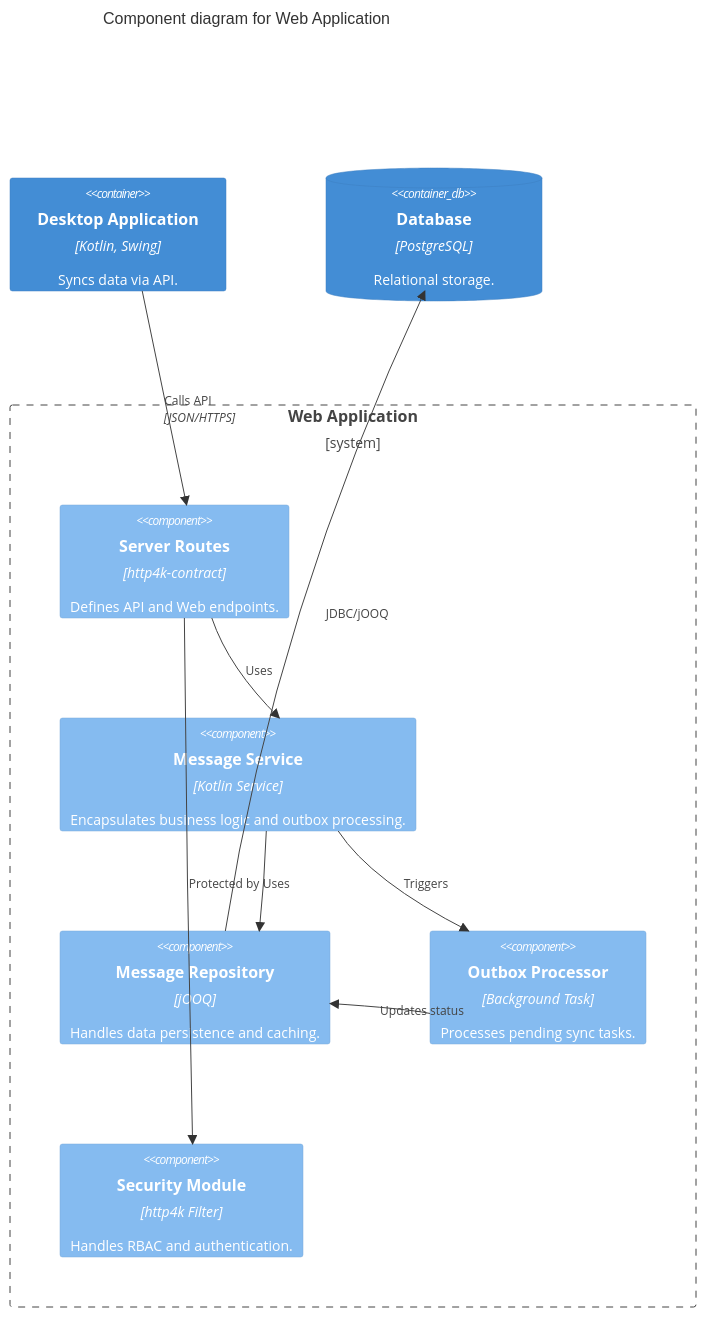
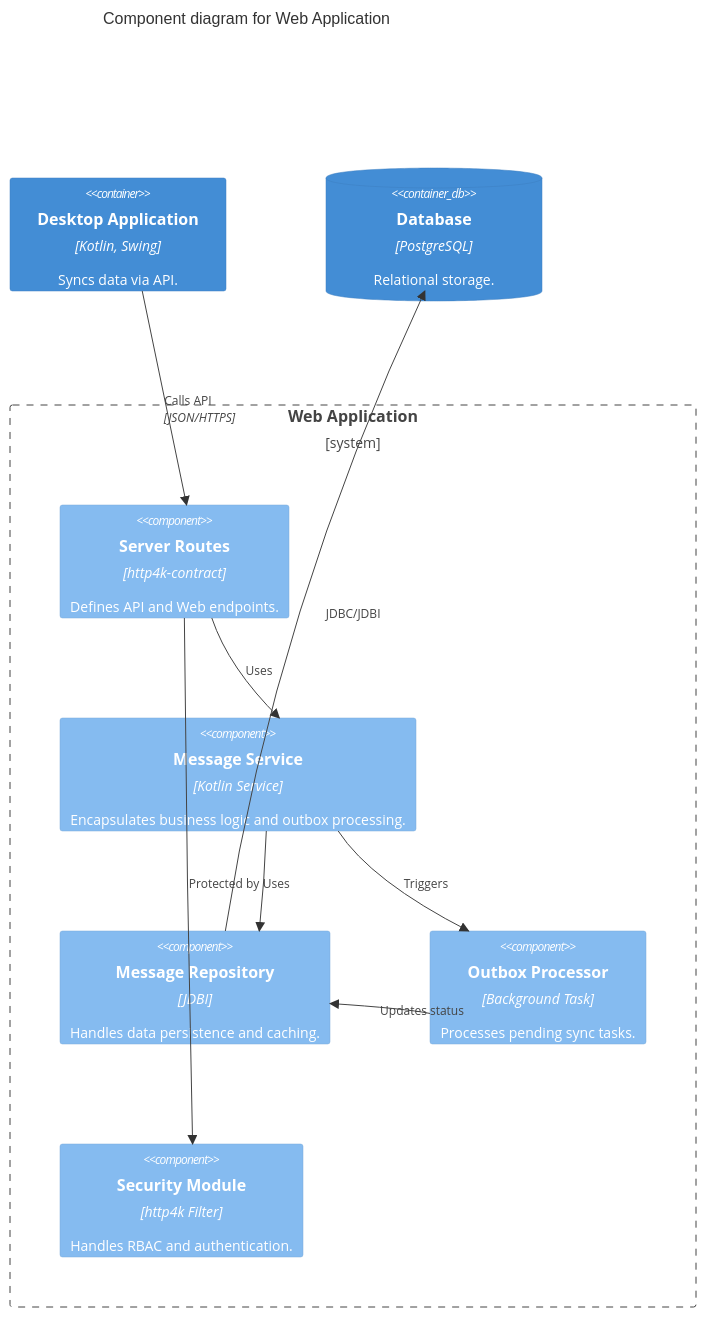
Before and after one commit to rygel/outerstellar-platform: the third of 3 diagrams in docs/architecture/C4_MODEL.md, drawn with Mermaid. The commit also changed other lines of this file and 12 other files, not shown here.

````diff
--- a/docs/architecture/C4_MODEL.md
+++ b/docs/architecture/C4_MODEL.md
@@ -51,23 +51,23 @@
 ```mermaid
 C4Component
     title Component diagram for Web Application
 
     Container(desktop_app, "Desktop Application", "Kotlin, Swing", "Syncs data via API.")
     ContainerDb(db, "Database", "PostgreSQL", "Relational storage.")
 
     Boundary(web_boundary, "Web Application") {
         Component(app_routes, "Server Routes", "http4k-contract", "Defines API and Web endpoints.")
         Component(msg_service, "Message Service", "Kotlin Service", "Encapsulates business logic and outbox processing.")
-        Component(msg_repo, "Message Repository", "jOOQ", "Handles data persistence and caching.")
+        Component(msg_repo, "Message Repository", "JDBI", "Handles data persistence and caching.")
         Component(outbox_proc, "Outbox Processor", "Background Task", "Processes pending sync tasks.")
         Component(auth_filter, "Security Module", "http4k Filter", "Handles RBAC and authentication.")
     }
 
     Rel(desktop_app, app_routes, "Calls API", "JSON/HTTPS")
     Rel(app_routes, msg_service, "Uses")
     Rel(app_routes, auth_filter, "Protected by")
     Rel(msg_service, msg_repo, "Uses")
     Rel(msg_service, outbox_proc, "Triggers")
     Rel(outbox_proc, msg_repo, "Updates status")
-    Rel(msg_repo, db, "JDBC/jOOQ")
+    Rel(msg_repo, db, "JDBC/JDBI")
 ```
````
